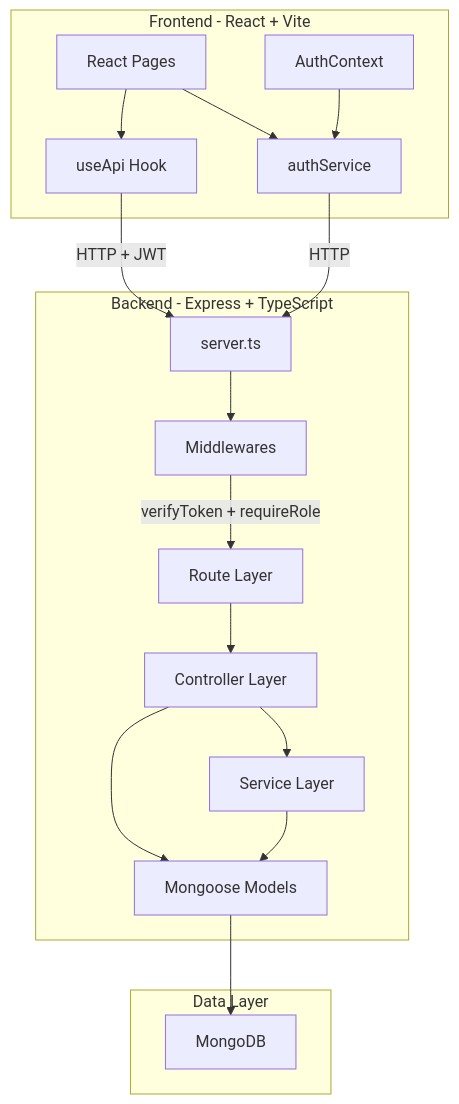
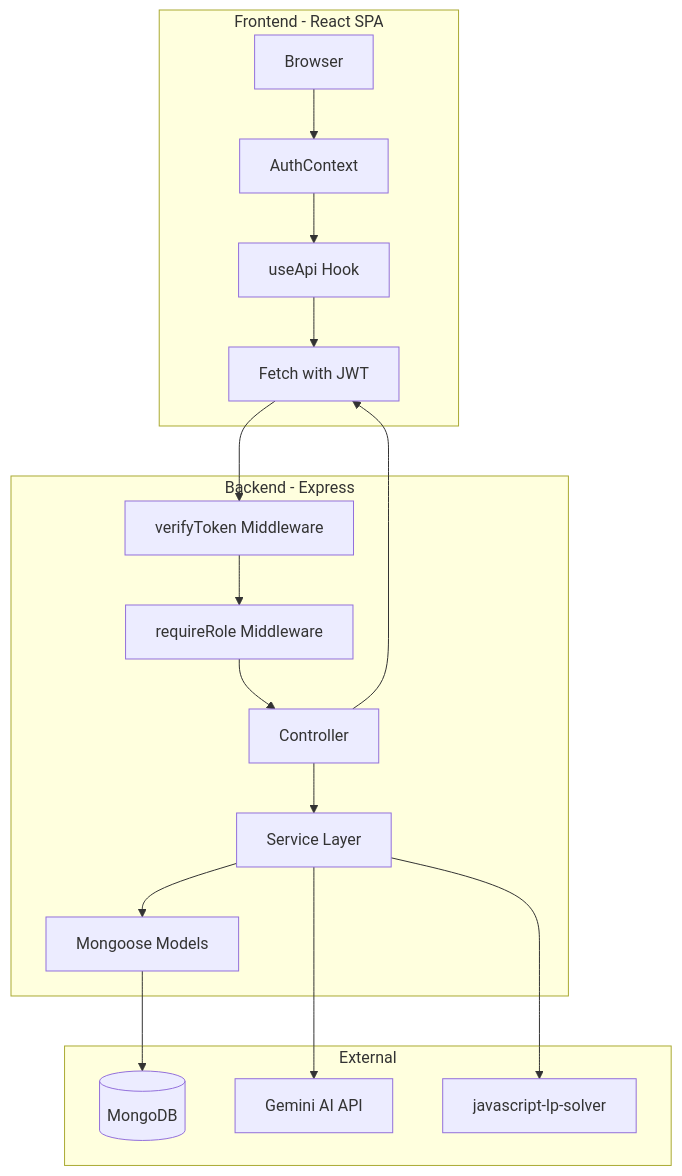
One commit to fo56/hostelHub changed the first of 4 diagrams in codebase-analysis-docs/CODEBASE_KNOWLEDGE.md. Above: the diagram before and after it, drawn with Mermaid. The commit also changed other lines of this file, not shown here.

````diff
--- a/codebase-analysis-docs/CODEBASE_KNOWLEDGE.md
+++ b/codebase-analysis-docs/CODEBASE_KNOWLEDGE.md
@@ -212,35 +231,24 @@
 ```mermaid
-graph TB
-    subgraph "Frontend - React + Vite"
-        UI["React Pages"]
-        AuthCtx["AuthContext"]
-        UseApi["useApi Hook"]
-        AuthSvc["authService"]
+graph TD
+    subgraph "Frontend - React SPA"
+        A[Browser] --> B[AuthContext]
+        B --> C[useApi Hook]
+        C --> D[Fetch with JWT]
     end
 
-    subgraph "Backend - Express + TypeScript"
-        Server["server.ts"]
-        MW["Middlewares"]
-        Routes["Route Layer"]
-        Controllers["Controller Layer"]
-        Services["Service Layer"]
-        Models["Mongoose Models"]
+    subgraph "Backend - Express"
+        D --> E[verifyToken Middleware]
+        E --> F[requireRole Middleware]
+        F --> G[Controller]
+        G --> H[Service Layer]
+        H --> I[Mongoose Models]
     end
 
-    subgraph "Data Layer"
-        MongoDB["MongoDB"]
+    subgraph "External"
+        I --> J[(MongoDB)]
+        H --> K[Gemini AI API]
+        H --> L[javascript-lp-solver]
     end
 
-    UI --> UseApi
-    UI --> AuthSvc
-    AuthCtx --> AuthSvc
-    UseApi -->|"HTTP + JWT"| Server
-    AuthSvc -->|"HTTP"| Server
-    Server --> MW
-    MW -->|"verifyToken + requireRole"| Routes
-    Routes --> Controllers
-    Controllers --> Services
-    Controllers --> Models
-    Services --> Models
-    Models --> MongoDB
+    G --> D
 ```
````
